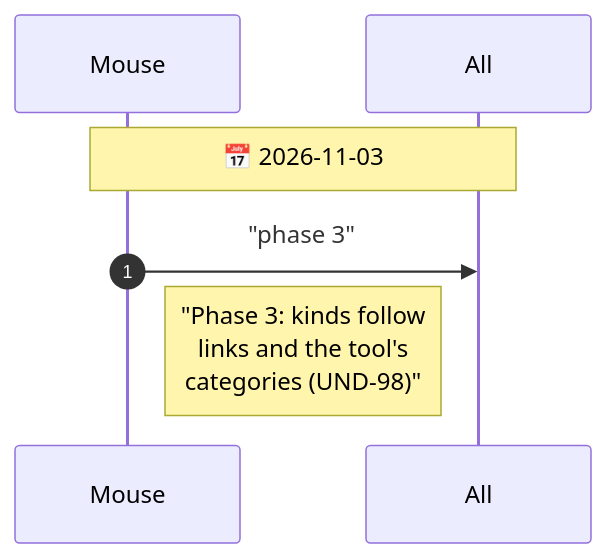
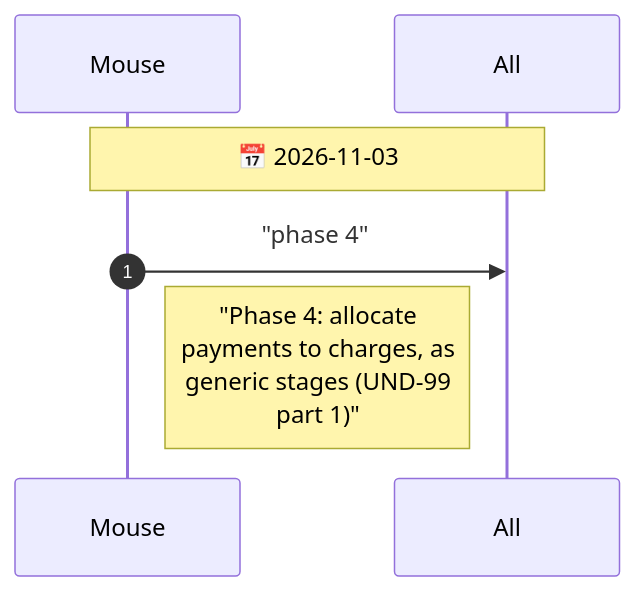
One commit to drusifer/understudy changed diagram 20 of 20 in agents/CHAT.diagram.md. Above: the diagram before and after it, drawn with Mermaid. The commit also changed other lines of this file and 13 other files, not shown here.

First line of the commit message:
Phase 3: kinds follow links and the tool's categories (UND-98)

````diff
--- a/agents/CHAT.diagram.md
+++ b/agents/CHAT.diagram.md
@@ -831,10 +866,10 @@
 ```mermaid
 %%{init: {"sequence": {"messageFontSize": 14, "noteFontSize": 18, "actorFontSize": 14}}}%%
 sequenceDiagram
     autonumber
     participant Mouse
     participant All
     Note over Mouse,All: 📅 2026-11-03
-    Mouse->>All: "phase 3"
-    Note right of Mouse: "Phase 3: kinds follow<br/>links and the tool's<br/>categories (UND-98)"
+    Mouse->>All: "phase 4"
+    Note right of Mouse: "Phase 4: allocate<br/>payments to charges, as<br/>generic stages (UND-99<br/>part 1)"
 ```
````
